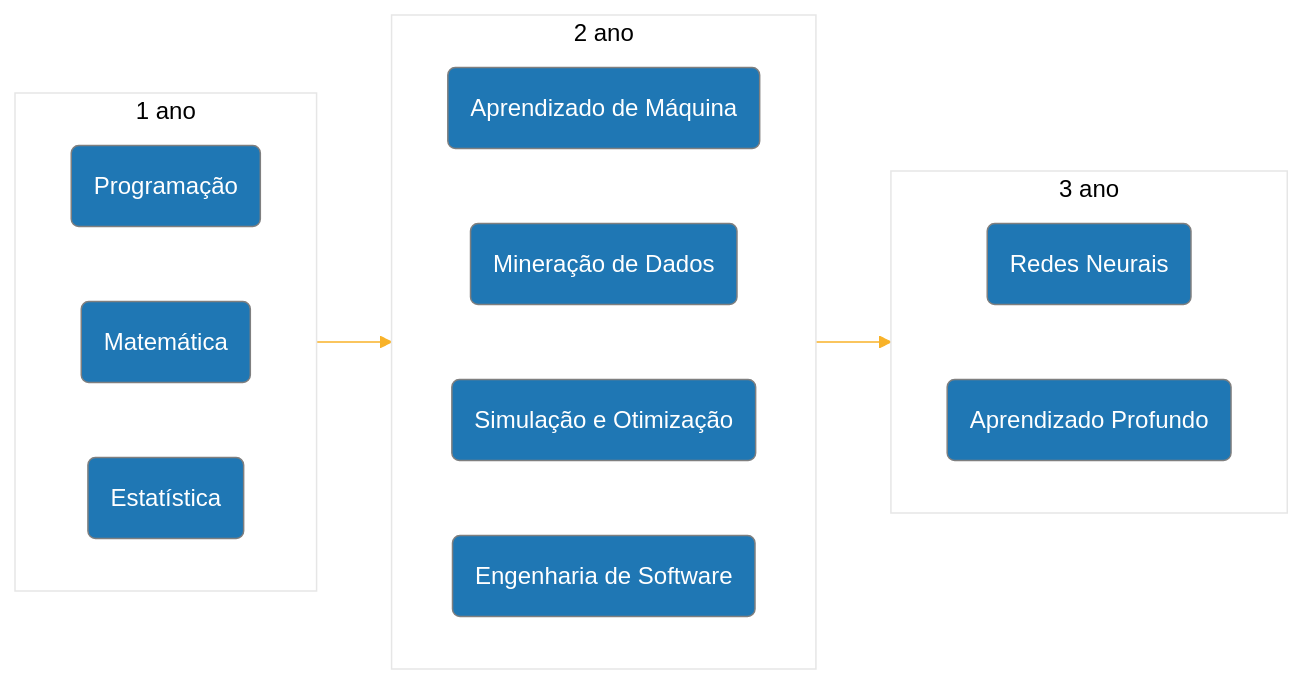
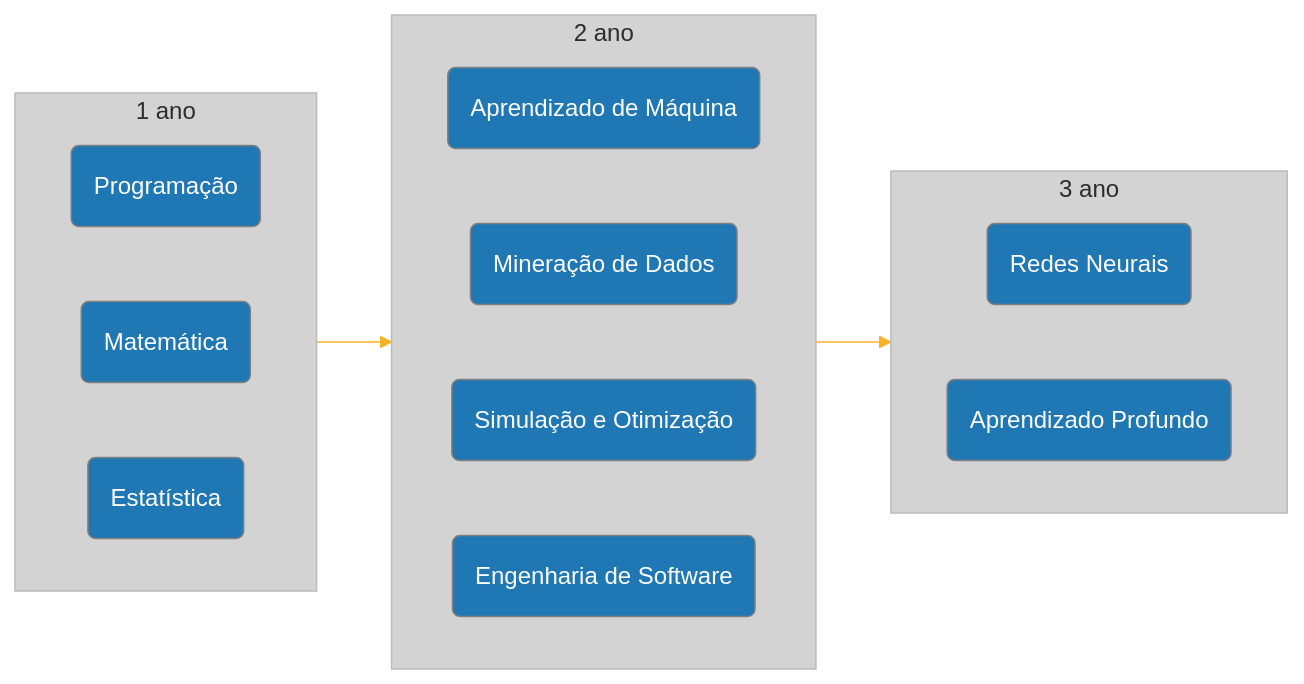
One commit to olucaslopes/PUC changed the diagram in README.md. Above: the diagram before and after it, drawn with Mermaid.

````diff
--- a/README.md
+++ b/README.md
@@ -4,37 +4,37 @@
 ```mermaid
 %%{
   init: {
     'theme': 'base',
     'themeVariables': {
       'primaryColor': '#1f77b4',
       'primaryTextColor': '#fff',
       'primaryBorderColor': '#7F7F7F',
       'lineColor': '#F8B229',
-      'secondaryColor': '#006100',
-      'tertiaryColor': '#fff'
+      'secondaryColor': '#7F7F7F',
+      'tertiaryColor': '#d3d3d3'
     }
   }
 }%%
 
 flowchart LR
     one-->two
     two-->three
     subgraph three["3 ano"]
     direction LR
     c1("Redes Neurais")
     c2("<a href='http://google.com' style='color: inherit;text-decoration: inherit;'>Aprendizado Profundo</a>")
     end
     subgraph two["2 ano"]
     direction LR
     b1("<a href='https://github.com/olucaslopes/PUC/tree/main/Aprendizado%20de%20M%C3%A1quina' style='color: inherit;text-decoration: inherit;'>Aprendizado de Máquina</a>")
     b2("<a href='https://github.com/olucaslopes/PUC/blob/main/Minera%C3%A7%C3%A3o%20de%20Dados' style='color: inherit;text-decoration: inherit;'>Mineração de Dados</a>")
     b3("Simulação e Otimização")
     b4("Engenharia de Software")
     end
     subgraph one["1 ano"]
     direction LR
     a1("Programação")
     a2("Matemática")
     a3("Estatística")
     end
 ```
````
